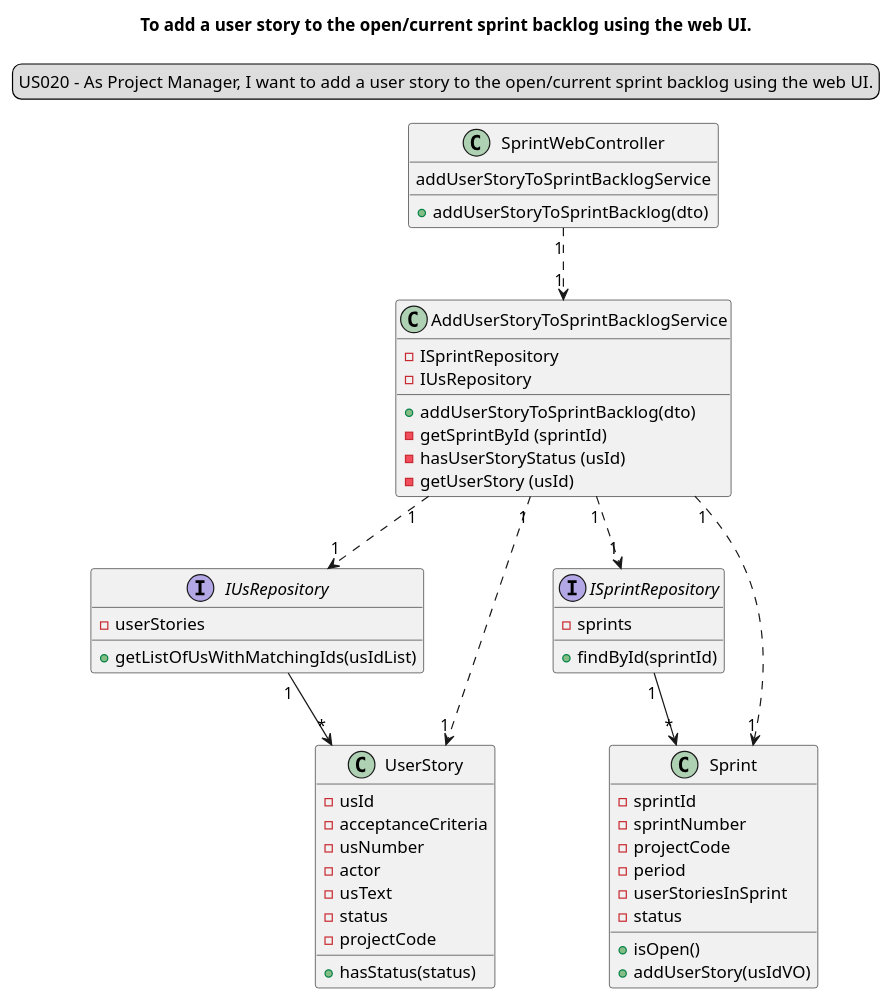
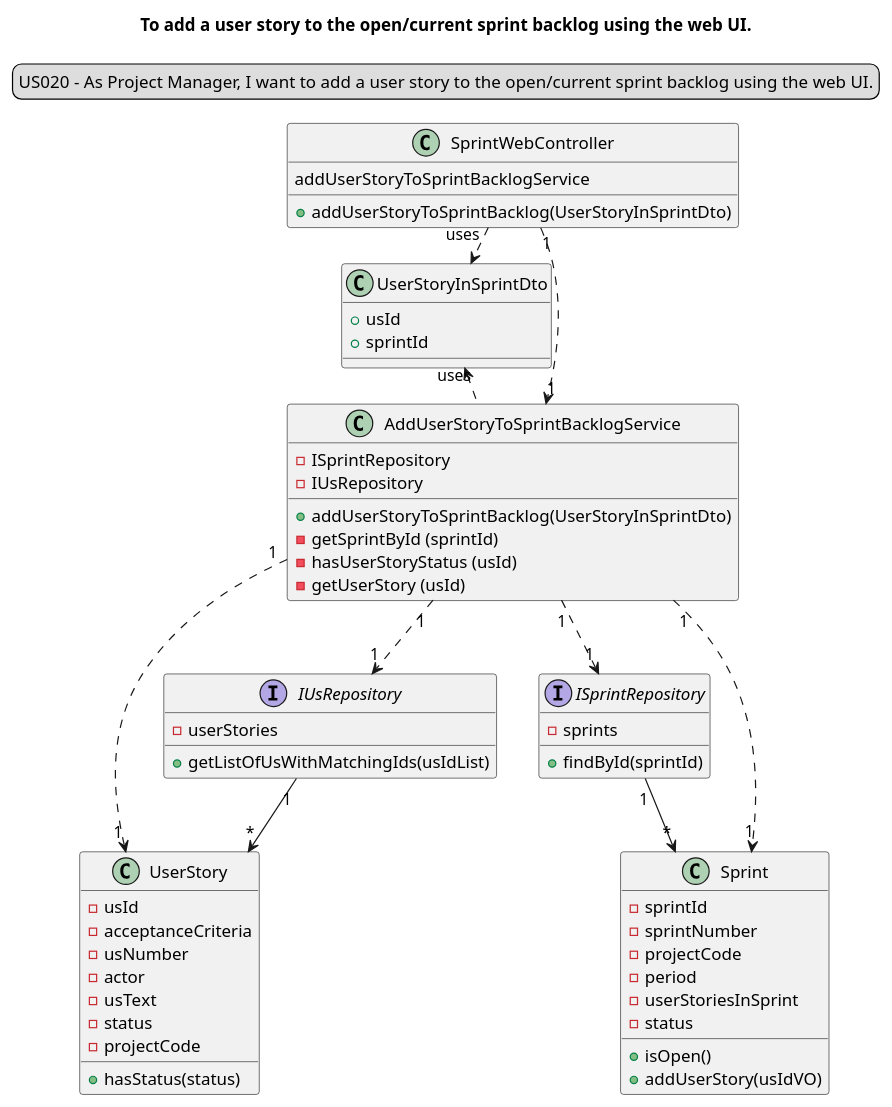
One commit to Loracline/project_switch_22-23 changed the diagram in docs/modelling_design/user_stories/sprint03/us020/US20_classDiagram_ddd_sprintBacklog.puml. Above: the diagram before and after it, drawn with PlantUML. The commit also changed 2 other files, not shown here.

Commit message:
US 32:Analysis and Design: Correction of sequence and class diagram, added to general class diagram addresses #644

```diff
--- a/docs/modelling_design/user_stories/sprint03/us020/US20_classDiagram_ddd_sprintBacklog.puml
+++ b/docs/modelling_design/user_stories/sprint03/us020/US20_classDiagram_ddd_sprintBacklog.puml
@@ -1,62 +1,70 @@
 @startuml
 'https://plantuml.com/sequence-diagram
 legend top
 US020 - As Project Manager, I want to add a user story to the open/current sprint backlog using the web UI.
 end legend
 skinparam sequenceMessageAlign center
 title  To add a user story to the open/current sprint backlog using the web UI.
 
 class "SprintWebController" {
 addUserStoryToSprintBacklogService
-+ addUserStoryToSprintBacklog(dto)
++ addUserStoryToSprintBacklog(UserStoryInSprintDto)
 }
 SprintWebController "1"..>"1" AddUserStoryToSprintBacklogService
 
 class "AddUserStoryToSprintBacklogService" {
 - ISprintRepository
 - IUsRepository
-+ addUserStoryToSprintBacklog(dto)
++ addUserStoryToSprintBacklog(UserStoryInSprintDto)
 - getSprintById (sprintId)
 - hasUserStoryStatus (usId)
 - getUserStory (usId)
 }
 AddUserStoryToSprintBacklogService "1"..>"1" IUsRepository
 AddUserStoryToSprintBacklogService "1"..>"1" ISprintRepository
 AddUserStoryToSprintBacklogService "1"..>"1" UserStory
 AddUserStoryToSprintBacklogService "1"..>"1" Sprint
+
+class "UserStoryInSprintDto" {
++usId
++sprintId
+}
+
+UserStoryInSprintDto <.left. SprintWebController : uses
+UserStoryInSprintDto <. AddUserStoryToSprintBacklogService :uses
 
 interface "ISprintRepository" {
 - sprints
 + findById(sprintId)
 }
 ISprintRepository "1"-->"*" Sprint
 
 interface "IUsRepository" {
 - userStories
 + getListOfUsWithMatchingIds(usIdList)
 }
 IUsRepository "1"-->"*" UserStory
 
 class "UserStory"{
 - usId
 - acceptanceCriteria
 - usNumber
 - actor
 - usText
 - status
 - projectCode
 + hasStatus(status)
 }
 
 class "Sprint"{
 - sprintId
 - sprintNumber
 - projectCode
 - period
 - userStoriesInSprint
 -status
 + isOpen()
 + addUserStory(usIdVO)
 }
 
 @enduml
```
